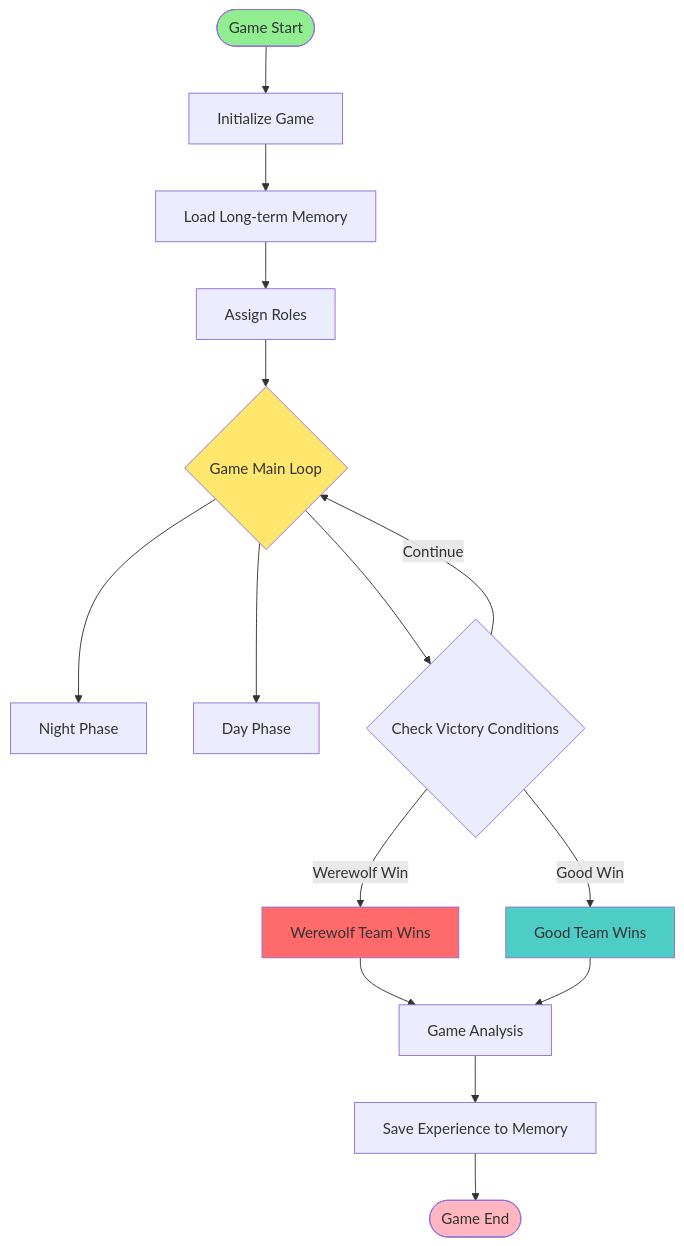
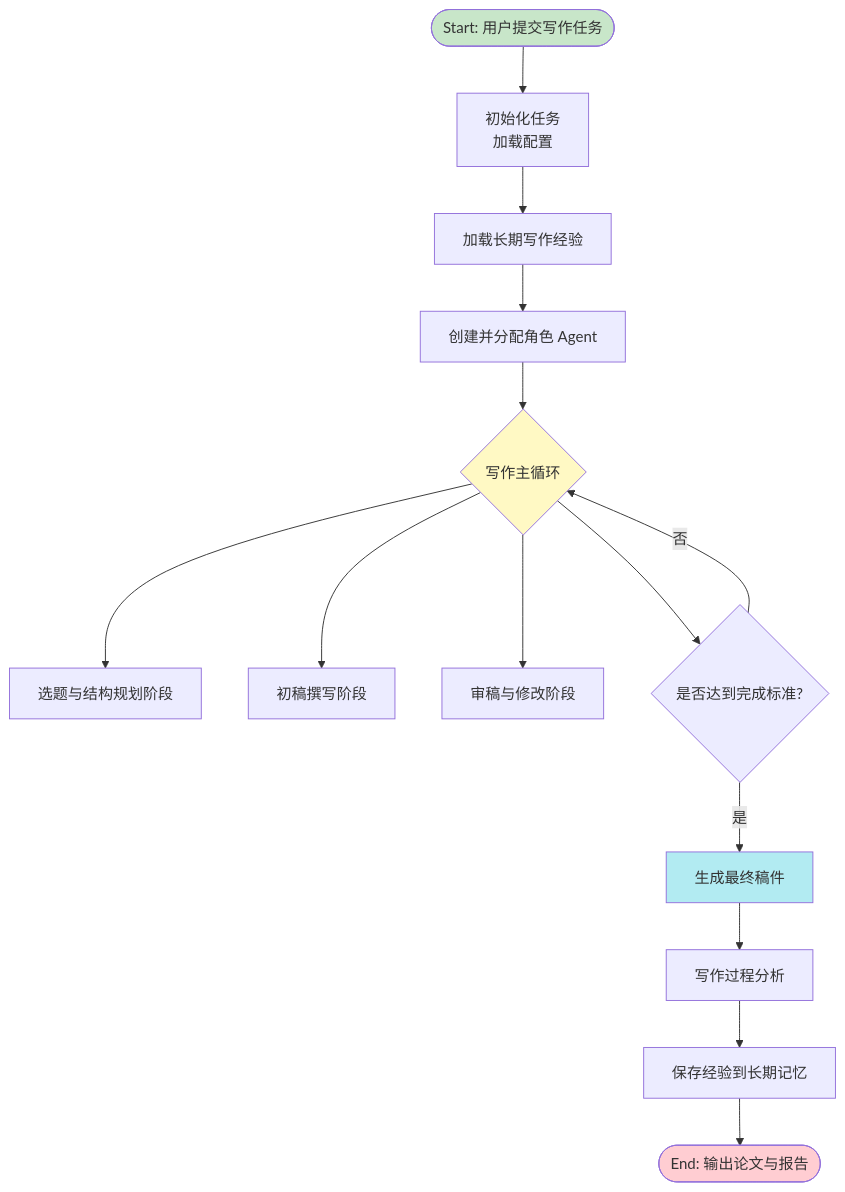
Before and after one commit to ddssmm1/ai-writing-workflow: the first of 9 diagrams in README.md, drawn with Mermaid. The commit also changed other lines of this file, not shown here.

````diff
--- a/README.md
+++ b/README.md
@@ -2,26 +2,24 @@
 ```mermaid
 graph TB
-    Start([Game Start]) --> Init[Initialize Game]
-    Init --> LoadMemory[Load Long-term Memory]
-    LoadMemory --> AssignRoles[Assign Roles]
-    AssignRoles --> GameLoop{Game Main Loop}
+    Start([Start: 用户提交写作任务]) --> Init[初始化任务<br/>加载配置]
+    Init --> LoadMemory[加载长期写作经验]
+    LoadMemory --> AssignAgents[创建并分配角色 Agent]
+    AssignAgents --> MainLoop{写作主循环}
 
-    GameLoop --> NightPhase[Night Phase]
-    GameLoop --> DayPhase[Day Phase]
-    GameLoop --> CheckWin{Check Victory Conditions}
+    MainLoop --> PlanPhase[选题与结构规划阶段]
+    MainLoop --> DraftPhase[初稿撰写阶段]
+    MainLoop --> ReviewPhase[审稿与修改阶段]
+    MainLoop --> CheckDone{是否达到完成标准?}
 
-    CheckWin -->|Werewolf Win| WolfWin[Werewolf Team Wins]
-    CheckWin -->|Good Win| GoodWin[Good Team Wins]
-    CheckWin -->|Continue| GameLoop
+    CheckDone -->|是| Finalize[生成最终稿件]
+    CheckDone -->|否| MainLoop
 
-    WolfWin --> Analysis[Game Analysis]
-    GoodWin --> Analysis
-    Analysis --> SaveMemory[Save Experience to Memory]
-    SaveMemory --> End([Game End])
+    Finalize --> Analyze[写作过程分析]
+    Analyze --> SaveMemory[保存经验到长期记忆]
+    SaveMemory --> End([End: 输出论文与报告])
 
-    style Start fill:#90EE90
-    style End fill:#FFB6C1
-    style WolfWin fill:#FF6B6B
-    style GoodWin fill:#4ECDC4
-    style GameLoop fill:#FFE66D
+    style Start fill:#C8E6C9
+    style End fill:#FFCDD2
+    style MainLoop fill:#FFF9C4
+    style Finalize fill:#B2EBF2
 ```
````
